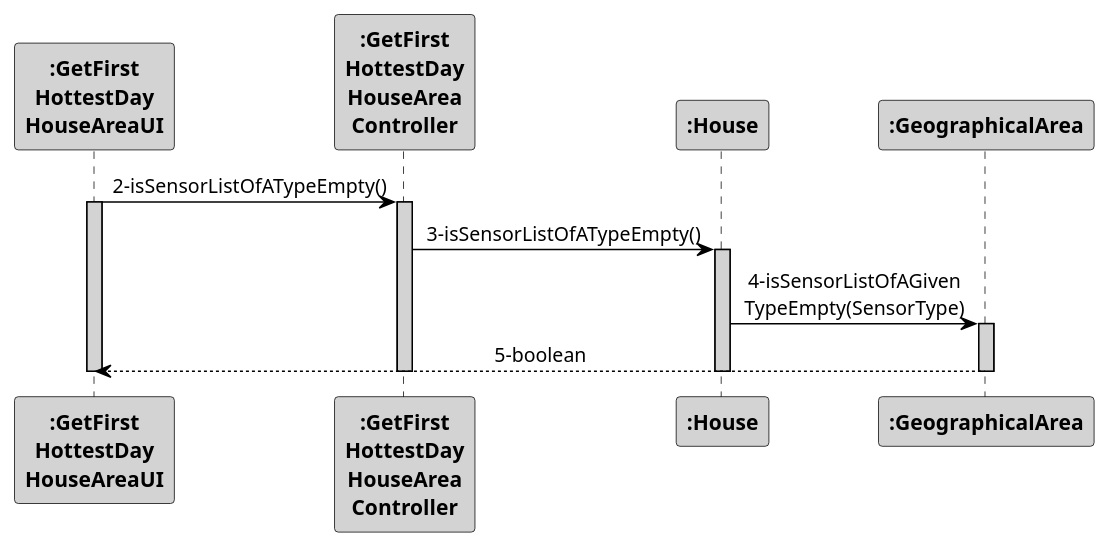
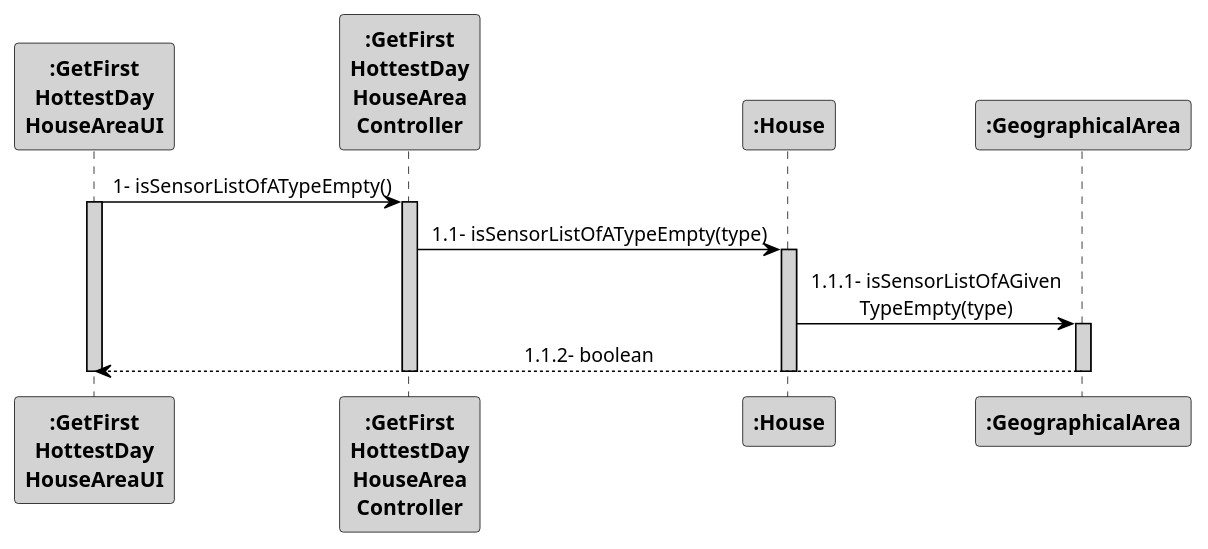
Before and after one commit to 1181687/hateoasToy: the diagram in src/main/java/pt/ipp/isep/dei/project/controllers/getFirstHottestDayHouseAreaController/SD_ref1_getFirstHottestDayHouseArea.puml, drawn with PlantUML. The commit also changed 3 other files, not shown here.

Commit message:
Small changes on sequence diagrams of US631.

```diff
--- a/src/main/java/pt/ipp/isep/dei/project/controllers/getFirstHottestDayHouseAreaController/SD_ref1_getFirstHottestDayHouseArea.puml
+++ b/src/main/java/pt/ipp/isep/dei/project/controllers/getFirstHottestDayHouseAreaController/SD_ref1_getFirstHottestDayHouseArea.puml
@@ -1,33 +1,33 @@
 @startuml
 skinparam sequenceMessageAlign center
 skinparam sequence {
     ArrowColor Black
     ActorBorderColor DarkBlue
     LifeLineBorderColor black
     LifeLineBackgroundColor LightGrey
 
     ParticipantBorderColor Black
     ParticipantBackgroundColor LightGrey
     ParticipantFontStyle Bold
 
     ActorBackgroundColor DimGrey
     ActorFontColor DeepSkyBlue
     ActorFontStyle Bold
     ActorFontSize 17
     ActorFontName Aapex
 }
 
-":GetFirst\nHottestDay\nHouseAreaUI" -> ":GetFirst\nHottestDay\nHouseArea\nController": 2-isSensorListOfATypeEmpty()
+":GetFirst\nHottestDay\nHouseAreaUI" -> ":GetFirst\nHottestDay\nHouseArea\nController": 1- isSensorListOfATypeEmpty()
 activate ":GetFirst\nHottestDay\nHouseAreaUI"
 activate ":GetFirst\nHottestDay\nHouseArea\nController"
-":GetFirst\nHottestDay\nHouseArea\nController" -> ":House": 3-isSensorListOfATypeEmpty()
+":GetFirst\nHottestDay\nHouseArea\nController" -> ":House": 1.1- isSensorListOfATypeEmpty(type)
 activate ":House"
-":House" -> ":GeographicalArea": 4-isSensorListOfAGiven\nTypeEmpty(SensorType)
+":House" -> ":GeographicalArea": 1.1.1- isSensorListOfAGiven\nTypeEmpty(type)
 activate ":GeographicalArea"
-":GetFirst\nHottestDay\nHouseAreaUI" <-- ":GeographicalArea": 5-boolean
+":GetFirst\nHottestDay\nHouseAreaUI" <-- ":GeographicalArea": 1.1.2- boolean
 deactivate ":GeographicalArea"
 deactivate ":House"
 deactivate ":GetFirst\nHottestDay\nHouseArea\nController"
 deactivate ":GetFirst\nHottestDay\nHouseAreaUI"
 
 @enduml
```
